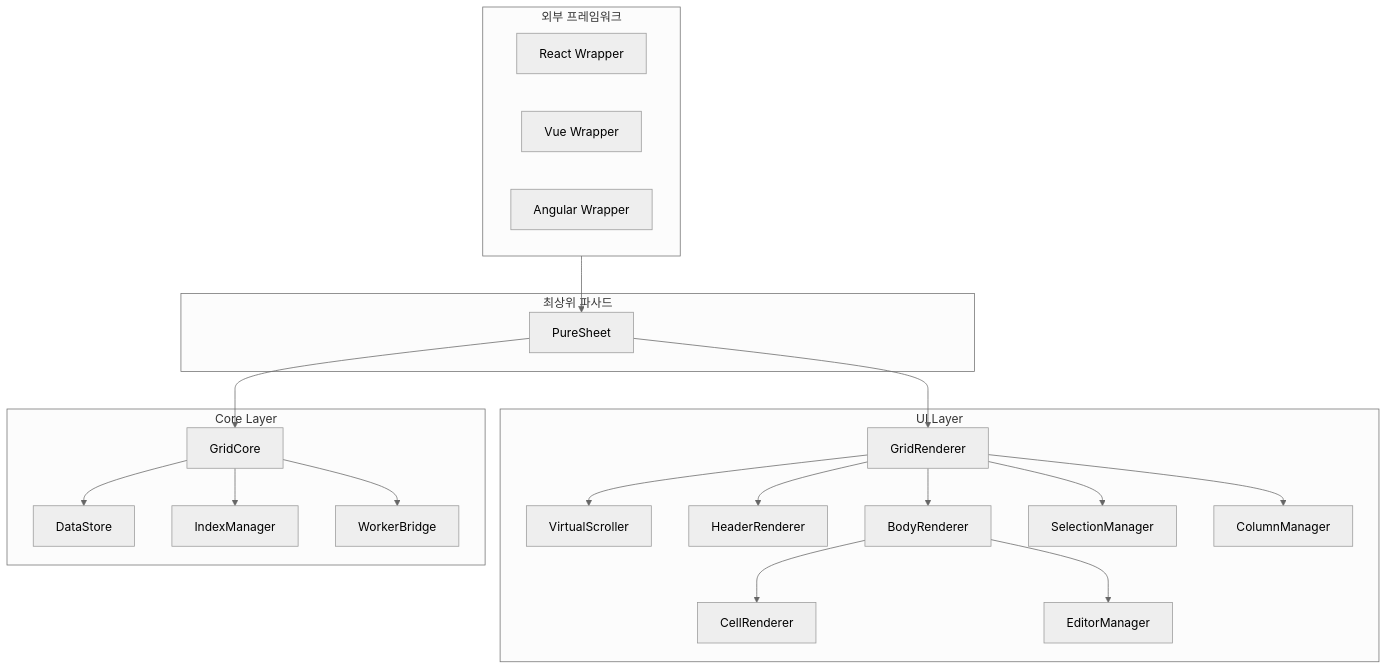
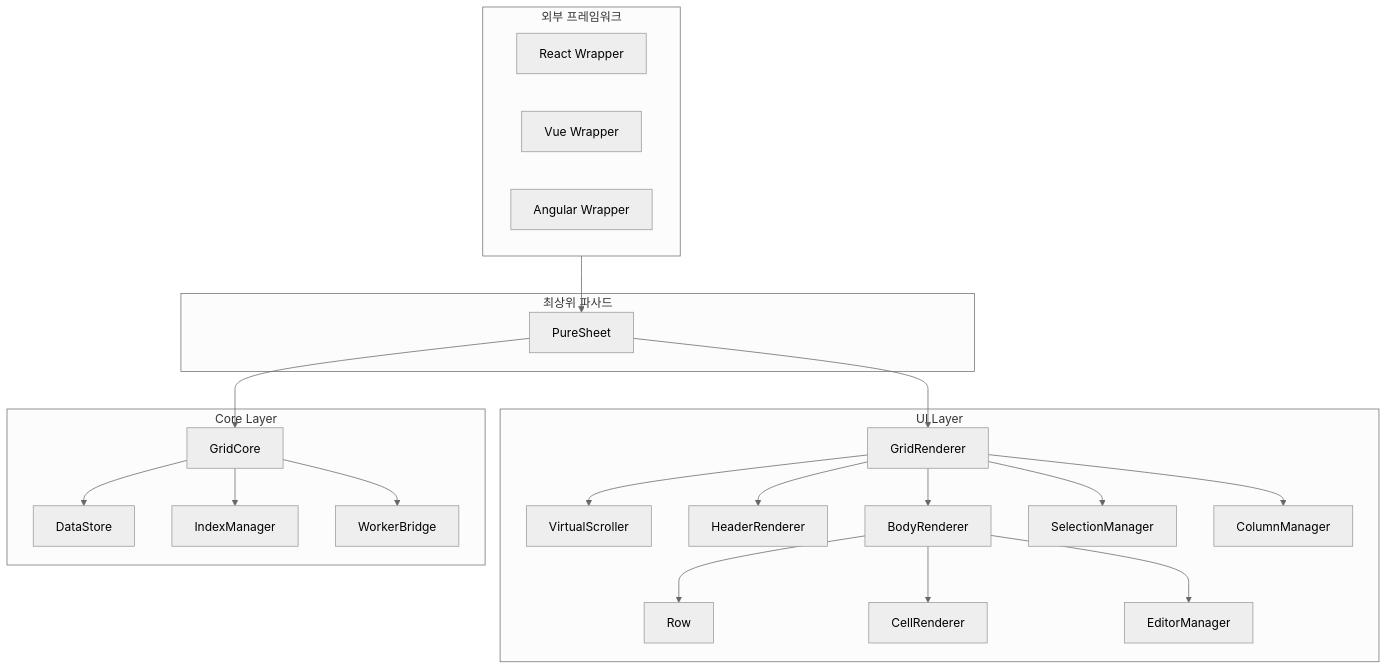
Before and after one commit to jook1356/grid: the first of 2 diagrams in docs/base/ARCHITECTURE-UI.md, drawn with Mermaid (neutral theme). The commit also changed other lines of this file and 6 other files, not shown here.

````diff
--- a/docs/base/ARCHITECTURE-UI.md
+++ b/docs/base/ARCHITECTURE-UI.md
@@ -5,44 +5,46 @@
 ```mermaid
 flowchart TB
     subgraph External [외부 프레임워크]
         React[React Wrapper]
         Vue[Vue Wrapper]
         Angular[Angular Wrapper]
     end
     
     subgraph MainFacade [최상위 파사드]
         PS[PureSheet]
     end
     
     subgraph UILayer [UI Layer]
         GR[GridRenderer]
         VR[VirtualScroller]
         HR[HeaderRenderer]
         BR[BodyRenderer]
+        ROW[Row]
         CR[CellRenderer]
         ER[EditorManager]
         SM[SelectionManager]
         CM[ColumnManager]
     end
     
     subgraph CoreLayer [Core Layer]
         GC[GridCore]
         DS[DataStore]
         IM[IndexManager]
         WB[WorkerBridge]
     end
     
     External --> PS
     PS --> GR
     PS --> GC
     GR --> VR
     GR --> HR
     GR --> BR
+    BR --> ROW
     BR --> CR
     BR --> ER
     GR --> SM
     GR --> CM
     GC --> DS
     GC --> IM
     GC --> WB
 ```
````
